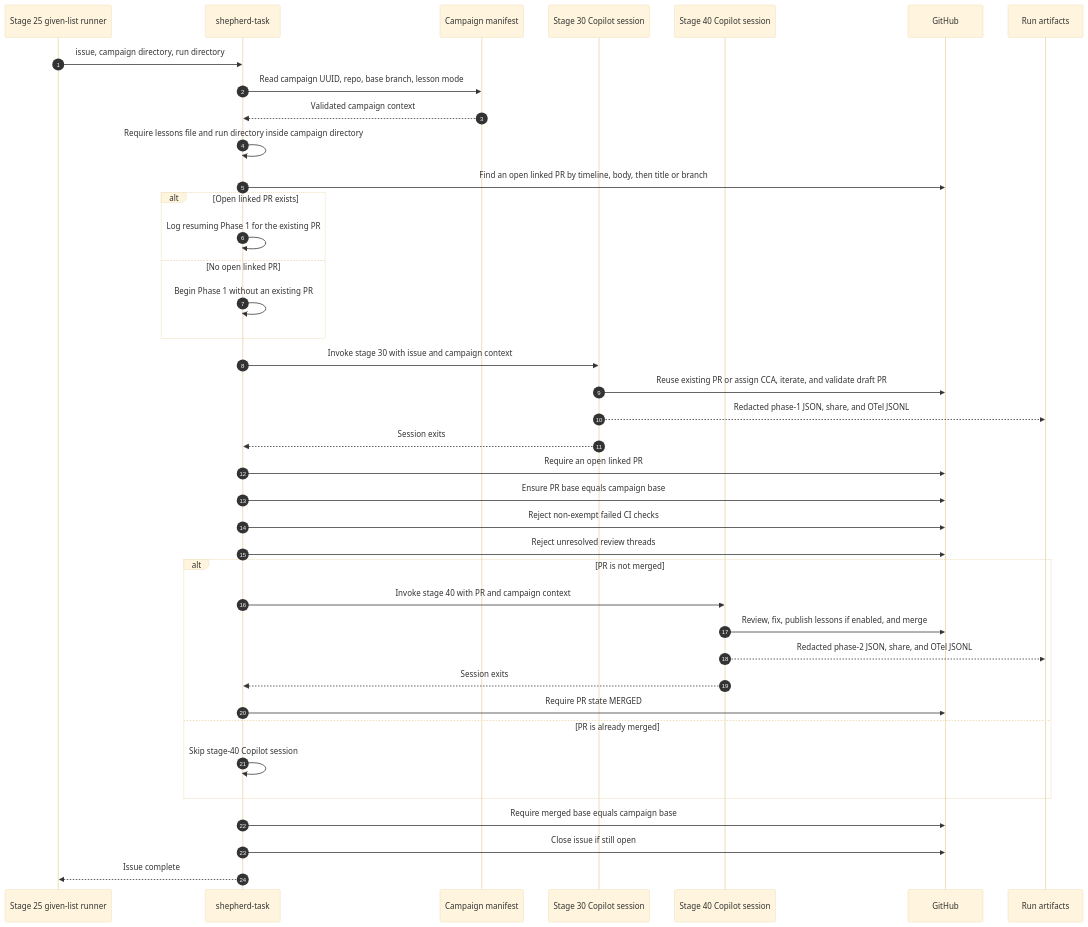
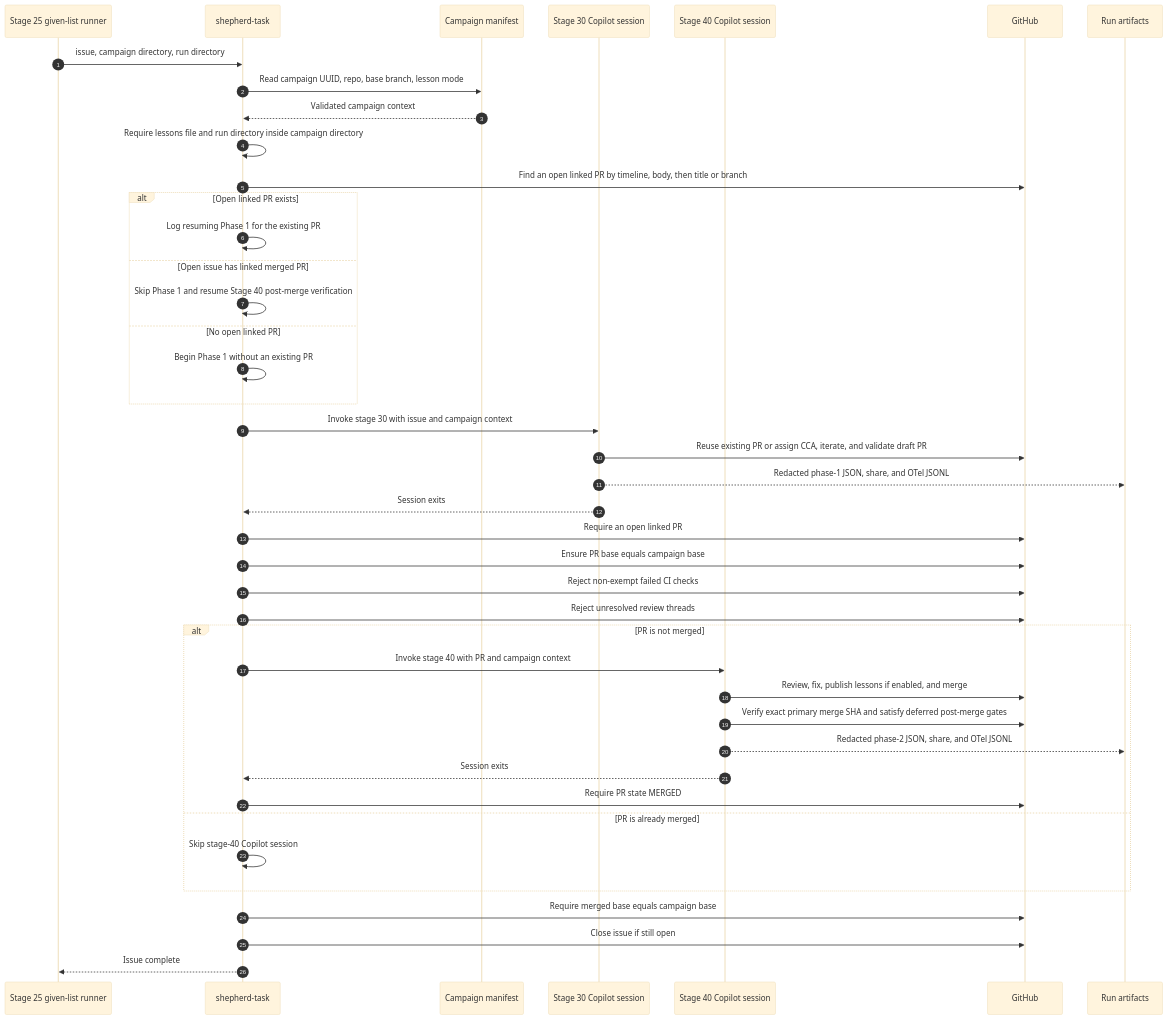
One commit to edburns/awesome-copilot changed the diagram in plugins/shepherd-task/figure-02-shepherd-task.md. Above: the diagram before and after it, drawn with Mermaid (base theme). The commit also changed 22 other files, not shown here.

First line of the commit message:
Fix shepherd post-merge gate recovery

````diff
--- a/plugins/shepherd-task/figure-02-shepherd-task.md
+++ b/plugins/shepherd-task/figure-02-shepherd-task.md
@@ -7,46 +7,49 @@
 ```mermaid
 sequenceDiagram
     autonumber
     participant GL as Stage 25 given-list runner
     participant ST as shepherd-task
     participant CM as Campaign manifest
     participant P1 as Stage 30 Copilot session
     participant P2 as Stage 40 Copilot session
     participant GH as GitHub
     participant Art as Run artifacts
 
     GL->>ST: issue, campaign directory, run directory
     ST->>CM: Read campaign UUID, repo, base branch, lesson mode
     CM-->>ST: Validated campaign context
     ST->>ST: Require lessons file and run directory inside campaign directory
     ST->>GH: Find an open linked PR by timeline, body, then title or branch
 
     alt Open linked PR exists
         ST->>ST: Log resuming Phase 1 for the existing PR
+    else Open issue has linked merged PR
+        ST->>ST: Skip Phase 1 and resume Stage 40 post-merge verification
     else No open linked PR
         ST->>ST: Begin Phase 1 without an existing PR
     end
     ST->>P1: Invoke stage 30 with issue and campaign context
     P1->>GH: Reuse existing PR or assign CCA, iterate, and validate draft PR
     P1-->>Art: Redacted phase-1 JSON, share, and OTel JSONL
     P1-->>ST: Session exits
     ST->>GH: Require an open linked PR
 
     ST->>GH: Ensure PR base equals campaign base
     ST->>GH: Reject non-exempt failed CI checks
     ST->>GH: Reject unresolved review threads
 
     alt PR is not merged
         ST->>P2: Invoke stage 40 with PR and campaign context
         P2->>GH: Review, fix, publish lessons if enabled, and merge
+        P2->>GH: Verify exact primary merge SHA and satisfy deferred post-merge gates
         P2-->>Art: Redacted phase-2 JSON, share, and OTel JSONL
         P2-->>ST: Session exits
         ST->>GH: Require PR state MERGED
     else PR is already merged
         ST->>ST: Skip stage-40 Copilot session
     end
 
     ST->>GH: Require merged base equals campaign base
     ST->>GH: Close issue if still open
     ST-->>GL: Issue complete
 ```
````
